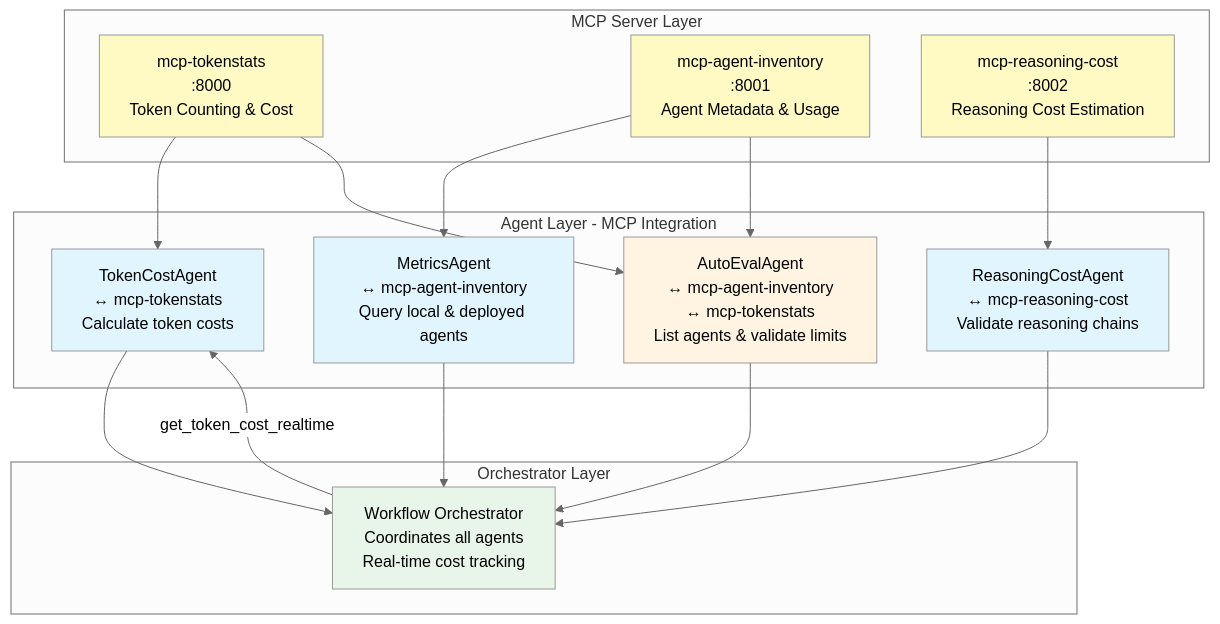
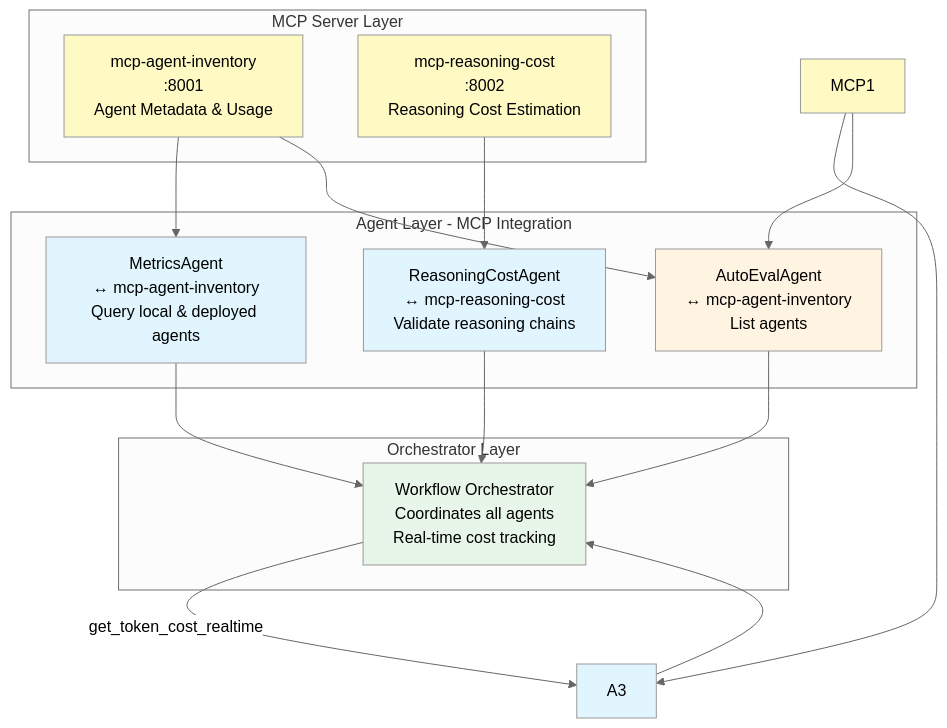
Before and after one commit to nareshsaladi2024/CortexMetaAgent: the diagram in technical-architecture-agents-mcp.mmd, drawn with Mermaid (neutral theme). The commit also changed 66 other files, not shown here.

```diff
--- a/technical-architecture-agents-mcp.mmd
+++ b/technical-architecture-agents-mcp.mmd
@@ -1,39 +1,39 @@
 graph TB
     subgraph "MCP Server Layer"
-        MCP1[mcp-tokenstats<br/>:8000<br/>Token Counting & Cost]
+
         MCP2[mcp-agent-inventory<br/>:8001<br/>Agent Metadata & Usage]
         MCP3[mcp-reasoning-cost<br/>:8002<br/>Reasoning Cost Estimation]
     end
     
     subgraph "Agent Layer - MCP Integration"
         A1[MetricsAgent<br/>↔ mcp-agent-inventory<br/>Query local & deployed agents]
         A2[ReasoningCostAgent<br/>↔ mcp-reasoning-cost<br/>Validate reasoning chains]
-        A3[TokenCostAgent<br/>↔ mcp-tokenstats<br/>Calculate token costs]
-        A4[AutoEvalAgent<br/>↔ mcp-agent-inventory<br/>↔ mcp-tokenstats<br/>List agents & validate limits]
+
+        A4[AutoEvalAgent<br/>↔ mcp-agent-inventory<br/>List agents]
     end
     
     subgraph "Orchestrator Layer"
         O1[Workflow Orchestrator<br/>Coordinates all agents<br/>Real-time cost tracking]
     end
     
     MCP2 --> A1
     MCP3 --> A2
     MCP1 --> A3
     MCP2 --> A4
     MCP1 --> A4
     
     A1 --> O1
     A2 --> O1
     A3 --> O1
     A4 --> O1
     
     O1 -->|get_token_cost_realtime| A3
     
     style A1 fill:#e1f5ff
     style A2 fill:#e1f5ff
     style A3 fill:#e1f5ff
     style A4 fill:#fff4e1
     style O1 fill:#e8f5e9
     style MCP1 fill:#fff9c4
     style MCP2 fill:#fff9c4
     style MCP3 fill:#fff9c4
```
